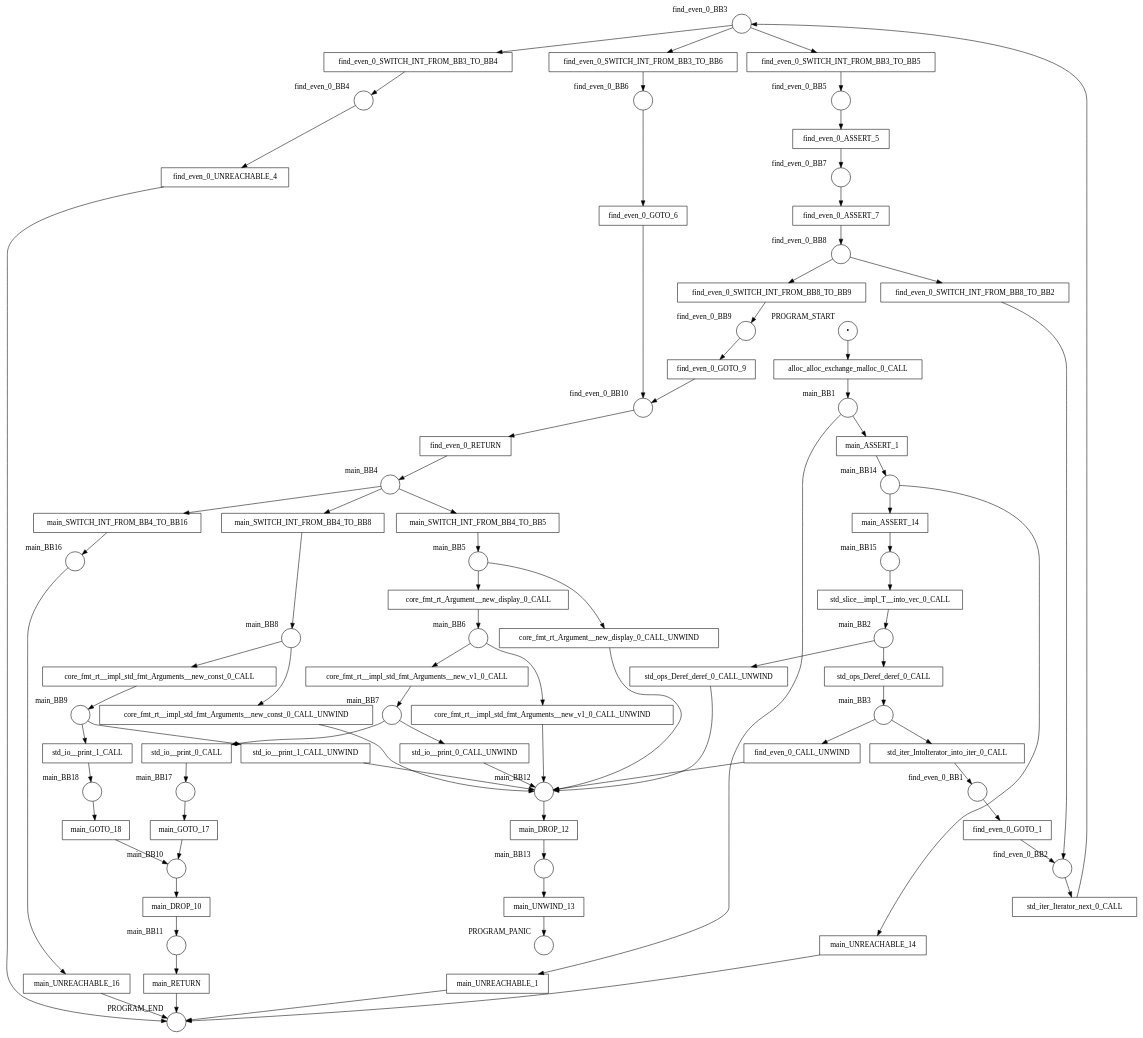
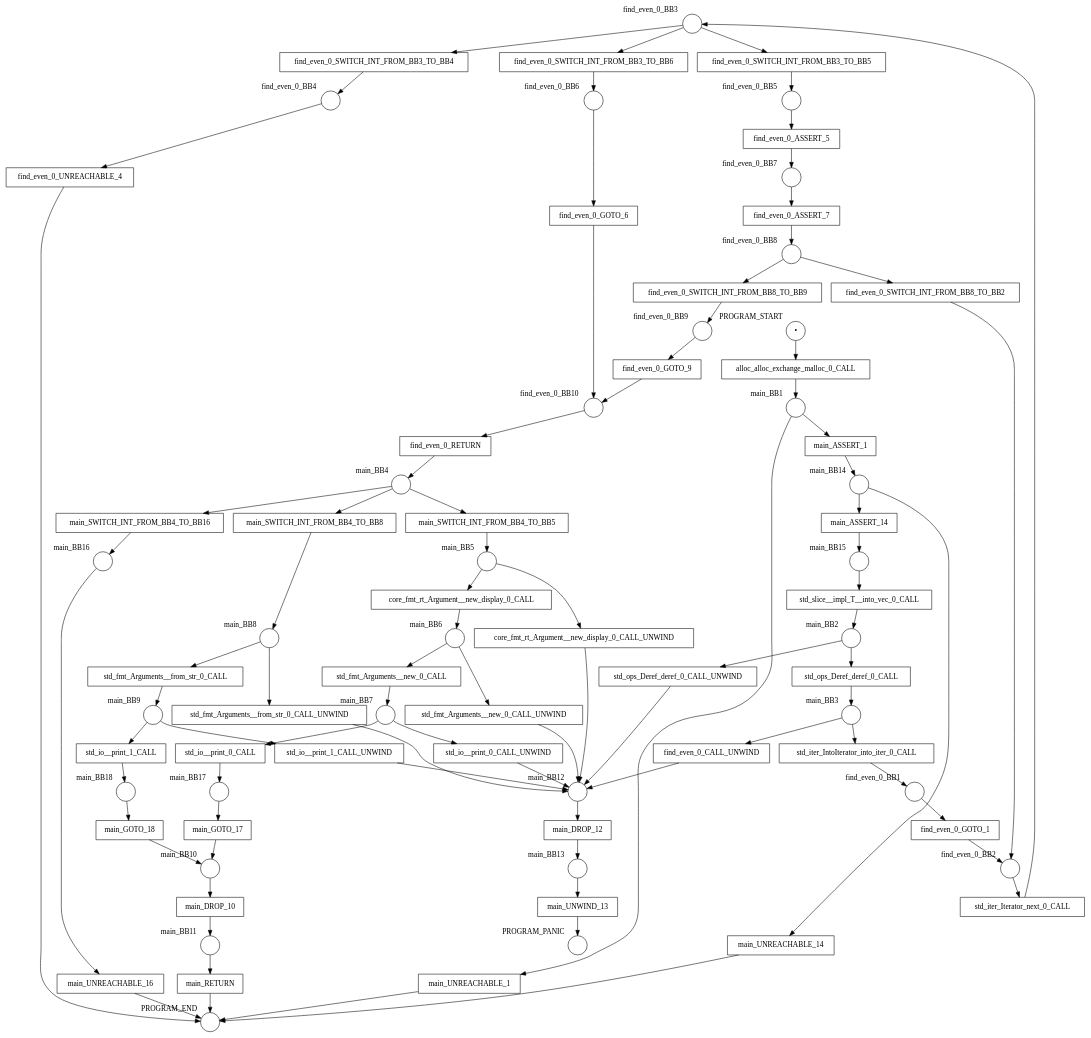
One commit to hlisdero/cargo-check-deadlock changed the diagram in examples/results/function_call/find_even/net.dot. Above: the diagram before and after it, drawn with Graphviz. The commit also changed 29 other files, not shown here.

```diff
--- a/examples/results/function_call/find_even/net.dot
+++ b/examples/results/function_call/find_even/net.dot
@@ -1,162 +1,162 @@
 digraph petrinet {
     PROGRAM_END [shape="circle" xlabel="PROGRAM_END" label=""];
     PROGRAM_PANIC [shape="circle" xlabel="PROGRAM_PANIC" label=""];
     PROGRAM_START [shape="circle" xlabel="PROGRAM_START" label="•"];
     find_even_0_BB1 [shape="circle" xlabel="find_even_0_BB1" label=""];
     find_even_0_BB10 [shape="circle" xlabel="find_even_0_BB10" label=""];
     find_even_0_BB2 [shape="circle" xlabel="find_even_0_BB2" label=""];
     find_even_0_BB3 [shape="circle" xlabel="find_even_0_BB3" label=""];
     find_even_0_BB4 [shape="circle" xlabel="find_even_0_BB4" label=""];
     find_even_0_BB5 [shape="circle" xlabel="find_even_0_BB5" label=""];
     find_even_0_BB6 [shape="circle" xlabel="find_even_0_BB6" label=""];
     find_even_0_BB7 [shape="circle" xlabel="find_even_0_BB7" label=""];
     find_even_0_BB8 [shape="circle" xlabel="find_even_0_BB8" label=""];
     find_even_0_BB9 [shape="circle" xlabel="find_even_0_BB9" label=""];
     main_BB1 [shape="circle" xlabel="main_BB1" label=""];
     main_BB10 [shape="circle" xlabel="main_BB10" label=""];
     main_BB11 [shape="circle" xlabel="main_BB11" label=""];
     main_BB12 [shape="circle" xlabel="main_BB12" label=""];
     main_BB13 [shape="circle" xlabel="main_BB13" label=""];
     main_BB14 [shape="circle" xlabel="main_BB14" label=""];
     main_BB15 [shape="circle" xlabel="main_BB15" label=""];
     main_BB16 [shape="circle" xlabel="main_BB16" label=""];
     main_BB17 [shape="circle" xlabel="main_BB17" label=""];
     main_BB18 [shape="circle" xlabel="main_BB18" label=""];
     main_BB2 [shape="circle" xlabel="main_BB2" label=""];
     main_BB3 [shape="circle" xlabel="main_BB3" label=""];
     main_BB4 [shape="circle" xlabel="main_BB4" label=""];
     main_BB5 [shape="circle" xlabel="main_BB5" label=""];
     main_BB6 [shape="circle" xlabel="main_BB6" label=""];
     main_BB7 [shape="circle" xlabel="main_BB7" label=""];
     main_BB8 [shape="circle" xlabel="main_BB8" label=""];
     main_BB9 [shape="circle" xlabel="main_BB9" label=""];
     alloc_alloc_exchange_malloc_0_CALL [shape="box" xlabel="" label="alloc_alloc_exchange_malloc_0_CALL"];
     core_fmt_rt_Argument__new_display_0_CALL [shape="box" xlabel="" label="core_fmt_rt_Argument__new_display_0_CALL"];
     core_fmt_rt_Argument__new_display_0_CALL_UNWIND [shape="box" xlabel="" label="core_fmt_rt_Argument__new_display_0_CALL_UNWIND"];
-    core_fmt_rt__impl_std_fmt_Arguments__new_const_0_CALL [shape="box" xlabel="" label="core_fmt_rt__impl_std_fmt_Arguments__new_const_0_CALL"];
-    core_fmt_rt__impl_std_fmt_Arguments__new_const_0_CALL_UNWIND [shape="box" xlabel="" label="core_fmt_rt__impl_std_fmt_Arguments__new_const_0_CALL_UNWIND"];
-    core_fmt_rt__impl_std_fmt_Arguments__new_v1_0_CALL [shape="box" xlabel="" label="core_fmt_rt__impl_std_fmt_Arguments__new_v1_0_CALL"];
-    core_fmt_rt__impl_std_fmt_Arguments__new_v1_0_CALL_UNWIND [shape="box" xlabel="" label="core_fmt_rt__impl_std_fmt_Arguments__new_v1_0_CALL_UNWIND"];
     find_even_0_ASSERT_5 [shape="box" xlabel="" label="find_even_0_ASSERT_5"];
     find_even_0_ASSERT_7 [shape="box" xlabel="" label="find_even_0_ASSERT_7"];
     find_even_0_CALL_UNWIND [shape="box" xlabel="" label="find_even_0_CALL_UNWIND"];
     find_even_0_GOTO_1 [shape="box" xlabel="" label="find_even_0_GOTO_1"];
     find_even_0_GOTO_6 [shape="box" xlabel="" label="find_even_0_GOTO_6"];
     find_even_0_GOTO_9 [shape="box" xlabel="" label="find_even_0_GOTO_9"];
     find_even_0_RETURN [shape="box" xlabel="" label="find_even_0_RETURN"];
     find_even_0_SWITCH_INT_FROM_BB3_TO_BB4 [shape="box" xlabel="" label="find_even_0_SWITCH_INT_FROM_BB3_TO_BB4"];
     find_even_0_SWITCH_INT_FROM_BB3_TO_BB5 [shape="box" xlabel="" label="find_even_0_SWITCH_INT_FROM_BB3_TO_BB5"];
     find_even_0_SWITCH_INT_FROM_BB3_TO_BB6 [shape="box" xlabel="" label="find_even_0_SWITCH_INT_FROM_BB3_TO_BB6"];
     find_even_0_SWITCH_INT_FROM_BB8_TO_BB2 [shape="box" xlabel="" label="find_even_0_SWITCH_INT_FROM_BB8_TO_BB2"];
     find_even_0_SWITCH_INT_FROM_BB8_TO_BB9 [shape="box" xlabel="" label="find_even_0_SWITCH_INT_FROM_BB8_TO_BB9"];
     find_even_0_UNREACHABLE_4 [shape="box" xlabel="" label="find_even_0_UNREACHABLE_4"];
     main_ASSERT_1 [shape="box" xlabel="" label="main_ASSERT_1"];
     main_ASSERT_14 [shape="box" xlabel="" label="main_ASSERT_14"];
     main_DROP_10 [shape="box" xlabel="" label="main_DROP_10"];
     main_DROP_12 [shape="box" xlabel="" label="main_DROP_12"];
     main_GOTO_17 [shape="box" xlabel="" label="main_GOTO_17"];
     main_GOTO_18 [shape="box" xlabel="" label="main_GOTO_18"];
     main_RETURN [shape="box" xlabel="" label="main_RETURN"];
     main_SWITCH_INT_FROM_BB4_TO_BB16 [shape="box" xlabel="" label="main_SWITCH_INT_FROM_BB4_TO_BB16"];
     main_SWITCH_INT_FROM_BB4_TO_BB5 [shape="box" xlabel="" label="main_SWITCH_INT_FROM_BB4_TO_BB5"];
     main_SWITCH_INT_FROM_BB4_TO_BB8 [shape="box" xlabel="" label="main_SWITCH_INT_FROM_BB4_TO_BB8"];
     main_UNREACHABLE_1 [shape="box" xlabel="" label="main_UNREACHABLE_1"];
     main_UNREACHABLE_14 [shape="box" xlabel="" label="main_UNREACHABLE_14"];
     main_UNREACHABLE_16 [shape="box" xlabel="" label="main_UNREACHABLE_16"];
     main_UNWIND_13 [shape="box" xlabel="" label="main_UNWIND_13"];
+    std_fmt_Arguments__from_str_0_CALL [shape="box" xlabel="" label="std_fmt_Arguments__from_str_0_CALL"];
+    std_fmt_Arguments__from_str_0_CALL_UNWIND [shape="box" xlabel="" label="std_fmt_Arguments__from_str_0_CALL_UNWIND"];
+    std_fmt_Arguments__new_0_CALL [shape="box" xlabel="" label="std_fmt_Arguments__new_0_CALL"];
+    std_fmt_Arguments__new_0_CALL_UNWIND [shape="box" xlabel="" label="std_fmt_Arguments__new_0_CALL_UNWIND"];
     std_io__print_0_CALL [shape="box" xlabel="" label="std_io__print_0_CALL"];
     std_io__print_0_CALL_UNWIND [shape="box" xlabel="" label="std_io__print_0_CALL_UNWIND"];
     std_io__print_1_CALL [shape="box" xlabel="" label="std_io__print_1_CALL"];
     std_io__print_1_CALL_UNWIND [shape="box" xlabel="" label="std_io__print_1_CALL_UNWIND"];
     std_iter_IntoIterator_into_iter_0_CALL [shape="box" xlabel="" label="std_iter_IntoIterator_into_iter_0_CALL"];
     std_iter_Iterator_next_0_CALL [shape="box" xlabel="" label="std_iter_Iterator_next_0_CALL"];
     std_ops_Deref_deref_0_CALL [shape="box" xlabel="" label="std_ops_Deref_deref_0_CALL"];
     std_ops_Deref_deref_0_CALL_UNWIND [shape="box" xlabel="" label="std_ops_Deref_deref_0_CALL_UNWIND"];
     std_slice__impl_T__into_vec_0_CALL [shape="box" xlabel="" label="std_slice__impl_T__into_vec_0_CALL"];
     PROGRAM_START -> alloc_alloc_exchange_malloc_0_CALL;
     find_even_0_BB1 -> find_even_0_GOTO_1;
     find_even_0_BB10 -> find_even_0_RETURN;
     find_even_0_BB2 -> std_iter_Iterator_next_0_CALL;
     find_even_0_BB3 -> find_even_0_SWITCH_INT_FROM_BB3_TO_BB4;
     find_even_0_BB3 -> find_even_0_SWITCH_INT_FROM_BB3_TO_BB5;
     find_even_0_BB3 -> find_even_0_SWITCH_INT_FROM_BB3_TO_BB6;
     find_even_0_BB4 -> find_even_0_UNREACHABLE_4;
     find_even_0_BB5 -> find_even_0_ASSERT_5;
     find_even_0_BB6 -> find_even_0_GOTO_6;
     find_even_0_BB7 -> find_even_0_ASSERT_7;
     find_even_0_BB8 -> find_even_0_SWITCH_INT_FROM_BB8_TO_BB2;
     find_even_0_BB8 -> find_even_0_SWITCH_INT_FROM_BB8_TO_BB9;
     find_even_0_BB9 -> find_even_0_GOTO_9;
     main_BB1 -> main_ASSERT_1;
     main_BB1 -> main_UNREACHABLE_1;
     main_BB10 -> main_DROP_10;
     main_BB11 -> main_RETURN;
     main_BB12 -> main_DROP_12;
     main_BB13 -> main_UNWIND_13;
     main_BB14 -> main_ASSERT_14;
     main_BB14 -> main_UNREACHABLE_14;
     main_BB15 -> std_slice__impl_T__into_vec_0_CALL;
     main_BB16 -> main_UNREACHABLE_16;
     main_BB17 -> main_GOTO_17;
     main_BB18 -> main_GOTO_18;
     main_BB2 -> std_ops_Deref_deref_0_CALL;
     main_BB2 -> std_ops_Deref_deref_0_CALL_UNWIND;
     main_BB3 -> find_even_0_CALL_UNWIND;
     main_BB3 -> std_iter_IntoIterator_into_iter_0_CALL;
     main_BB4 -> main_SWITCH_INT_FROM_BB4_TO_BB16;
     main_BB4 -> main_SWITCH_INT_FROM_BB4_TO_BB5;
     main_BB4 -> main_SWITCH_INT_FROM_BB4_TO_BB8;
     main_BB5 -> core_fmt_rt_Argument__new_display_0_CALL;
     main_BB5 -> core_fmt_rt_Argument__new_display_0_CALL_UNWIND;
-    main_BB6 -> core_fmt_rt__impl_std_fmt_Arguments__new_v1_0_CALL;
-    main_BB6 -> core_fmt_rt__impl_std_fmt_Arguments__new_v1_0_CALL_UNWIND;
+    main_BB6 -> std_fmt_Arguments__new_0_CALL;
+    main_BB6 -> std_fmt_Arguments__new_0_CALL_UNWIND;
     main_BB7 -> std_io__print_0_CALL;
     main_BB7 -> std_io__print_0_CALL_UNWIND;
-    main_BB8 -> core_fmt_rt__impl_std_fmt_Arguments__new_const_0_CALL;
-    main_BB8 -> core_fmt_rt__impl_std_fmt_Arguments__new_const_0_CALL_UNWIND;
+    main_BB8 -> std_fmt_Arguments__from_str_0_CALL;
+    main_BB8 -> std_fmt_Arguments__from_str_0_CALL_UNWIND;
     main_BB9 -> std_io__print_1_CALL;
     main_BB9 -> std_io__print_1_CALL_UNWIND;
     alloc_alloc_exchange_malloc_0_CALL -> main_BB1;
     core_fmt_rt_Argument__new_display_0_CALL -> main_BB6;
     core_fmt_rt_Argument__new_display_0_CALL_UNWIND -> main_BB12;
-    core_fmt_rt__impl_std_fmt_Arguments__new_const_0_CALL -> main_BB9;
-    core_fmt_rt__impl_std_fmt_Arguments__new_const_0_CALL_UNWIND -> main_BB12;
-    core_fmt_rt__impl_std_fmt_Arguments__new_v1_0_CALL -> main_BB7;
-    core_fmt_rt__impl_std_fmt_Arguments__new_v1_0_CALL_UNWIND -> main_BB12;
     find_even_0_ASSERT_5 -> find_even_0_BB7;
     find_even_0_ASSERT_7 -> find_even_0_BB8;
     find_even_0_CALL_UNWIND -> main_BB12;
     find_even_0_GOTO_1 -> find_even_0_BB2;
     find_even_0_GOTO_6 -> find_even_0_BB10;
     find_even_0_GOTO_9 -> find_even_0_BB10;
     find_even_0_RETURN -> main_BB4;
     find_even_0_SWITCH_INT_FROM_BB3_TO_BB4 -> find_even_0_BB4;
     find_even_0_SWITCH_INT_FROM_BB3_TO_BB5 -> find_even_0_BB5;
     find_even_0_SWITCH_INT_FROM_BB3_TO_BB6 -> find_even_0_BB6;
     find_even_0_SWITCH_INT_FROM_BB8_TO_BB2 -> find_even_0_BB2;
     find_even_0_SWITCH_INT_FROM_BB8_TO_BB9 -> find_even_0_BB9;
     find_even_0_UNREACHABLE_4 -> PROGRAM_END;
     main_ASSERT_1 -> main_BB14;
     main_ASSERT_14 -> main_BB15;
     main_DROP_10 -> main_BB11;
     main_DROP_12 -> main_BB13;
     main_GOTO_17 -> main_BB10;
     main_GOTO_18 -> main_BB10;
     main_RETURN -> PROGRAM_END;
     main_SWITCH_INT_FROM_BB4_TO_BB16 -> main_BB16;
     main_SWITCH_INT_FROM_BB4_TO_BB5 -> main_BB5;
     main_SWITCH_INT_FROM_BB4_TO_BB8 -> main_BB8;
     main_UNREACHABLE_1 -> PROGRAM_END;
     main_UNREACHABLE_14 -> PROGRAM_END;
     main_UNREACHABLE_16 -> PROGRAM_END;
     main_UNWIND_13 -> PROGRAM_PANIC;
+    std_fmt_Arguments__from_str_0_CALL -> main_BB9;
+    std_fmt_Arguments__from_str_0_CALL_UNWIND -> main_BB12;
+    std_fmt_Arguments__new_0_CALL -> main_BB7;
+    std_fmt_Arguments__new_0_CALL_UNWIND -> main_BB12;
     std_io__print_0_CALL -> main_BB17;
     std_io__print_0_CALL_UNWIND -> main_BB12;
     std_io__print_1_CALL -> main_BB18;
     std_io__print_1_CALL_UNWIND -> main_BB12;
     std_iter_IntoIterator_into_iter_0_CALL -> find_even_0_BB1;
     std_iter_Iterator_next_0_CALL -> find_even_0_BB3;
     std_ops_Deref_deref_0_CALL -> main_BB3;
     std_ops_Deref_deref_0_CALL_UNWIND -> main_BB12;
     std_slice__impl_T__into_vec_0_CALL -> main_BB2;
 }
```
